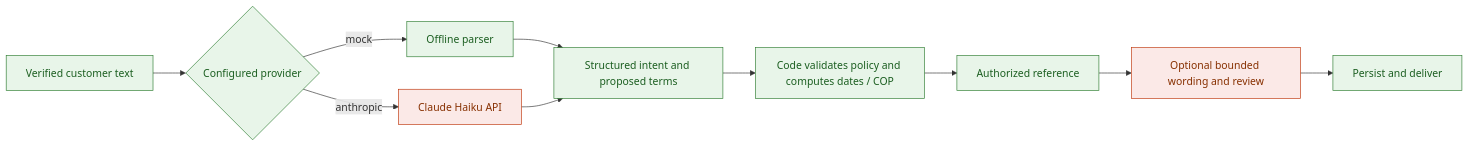
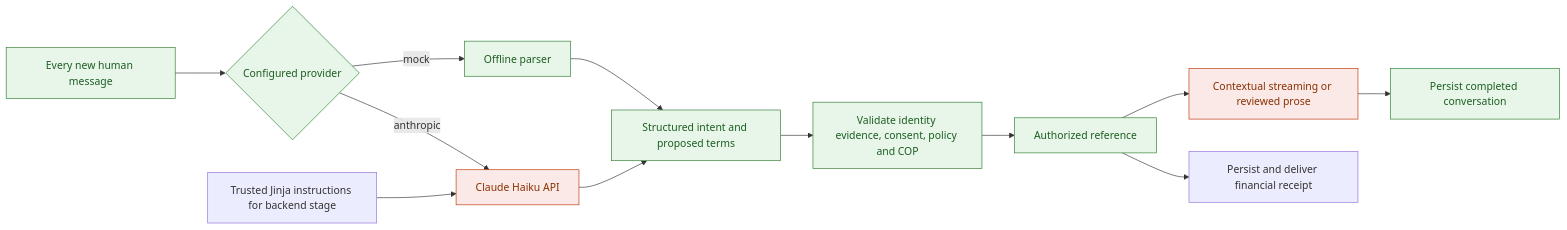
The third of 6 diagrams in docs/ARCHITECTURE.md (sergiomorapardo/AgenticDebtCollection), drawn with Mermaid before and after one commit. The commit also changed other lines of this file and 10 other files, not shown here.

````diff
--- a/docs/ARCHITECTURE.md
+++ b/docs/ARCHITECTURE.md
@@ -72,17 +78,19 @@
 ```mermaid
 flowchart LR
-    T[Verified customer text] --> P{Configured provider}
+    T[Every new human message] --> P{Configured provider}
     P -->|mock| M[Offline parser]
     P -->|anthropic| H[Claude Haiku API]
     M --> I[Structured intent and proposed terms]
     H --> I
-    I --> C[Code validates policy and computes dates / COP]
+    J[Trusted Jinja instructions for backend stage] --> H
+    I --> C[Validate identity evidence, consent, policy and COP]
     C --> R[Authorized reference]
-    R --> W[Optional bounded wording and review]
-    W --> F[Persist and deliver]
+    R --> W[Contextual streaming or reviewed prose]
+    W --> F[Persist completed conversation]
+    R --> F2[Persist and deliver financial receipt]
     classDef local fill:#e8f5e9,stroke:#2e7d32,color:#1b5e20
     classDef paid fill:#fbe9e7,stroke:#bf360c,color:#873000
     class T,P,M,I,C,R,F local
     class W paid
     class H paid
 ```
````
